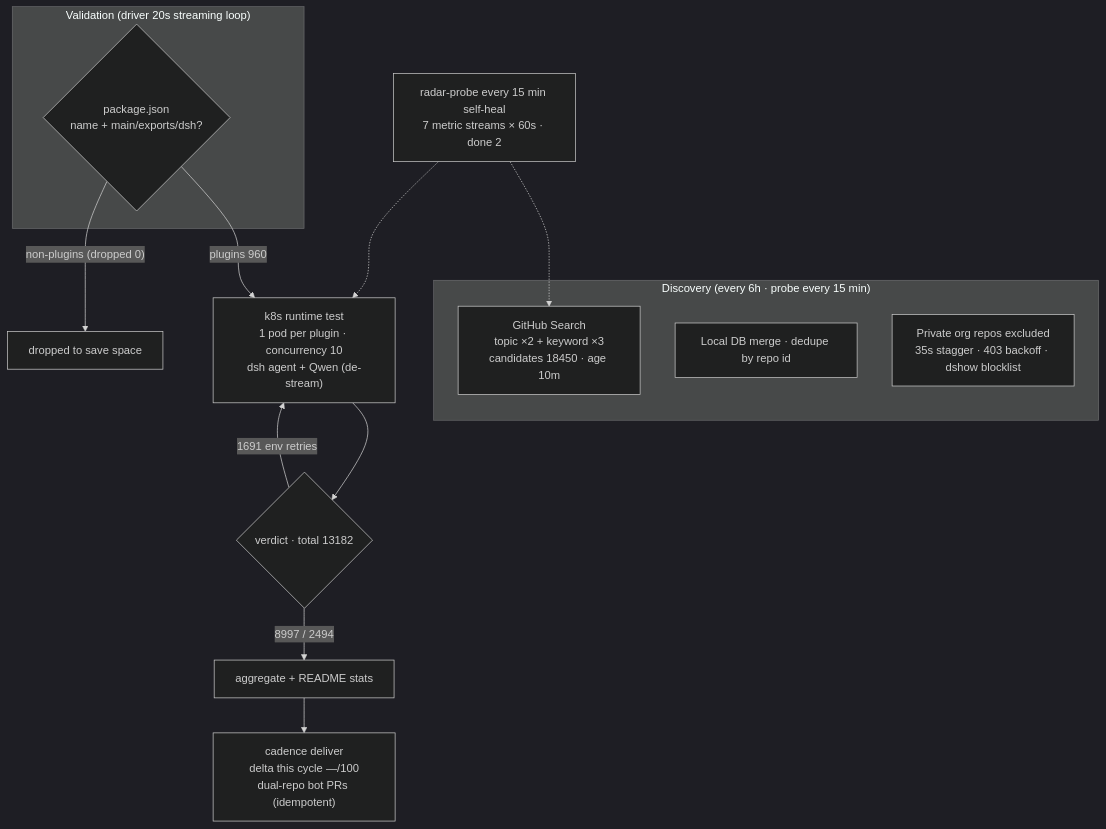
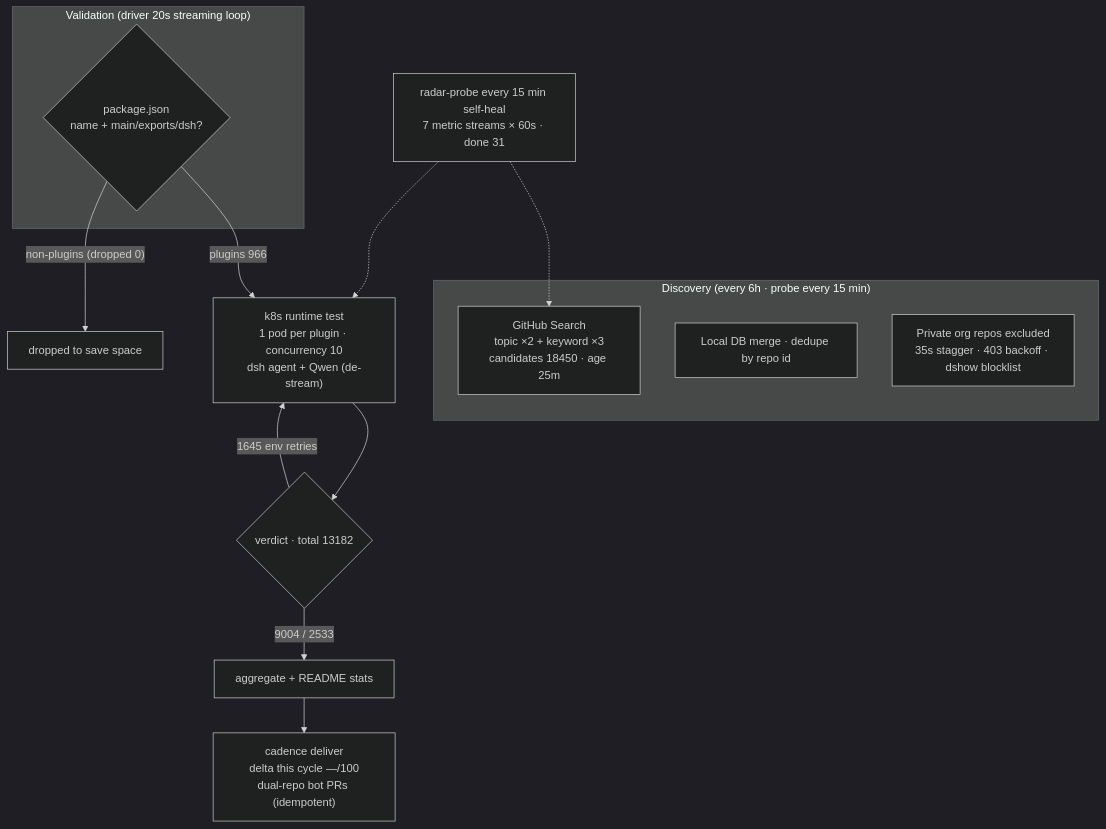
One commit to AdamPlatin123/awesome-dsh-plugins changed the diagram in README.en-US.md. Above: the diagram before and after it, drawn with Mermaid (dark theme). The commit also changed other lines of this file and 13 other files, not shown here.

````diff
--- a/README.en-US.md
+++ b/README.en-US.md
@@ -45,20 +45,20 @@
 ```mermaid
 flowchart TB
     subgraph Discovery["Discovery (every 6h · probe every 15 min)"]
-        A1["GitHub Search<br/>topic ×2 + keyword ×3<br/>candidates 18450 · age 10m"]
+        A1["GitHub Search<br/>topic ×2 + keyword ×3<br/>candidates 18450 · age 25m"]
         A2["Local DB merge · dedupe by repo id"]
         A3["Private org repos excluded<br/>35s stagger · 403 backoff · dshow blocklist"]
     end
     subgraph Validation["Validation (driver 20s streaming loop)"]
         B1{"package.json<br/>name + main/exports/dsh?"}
     end
-    B1 -->|"plugins 960"| C1["k8s runtime test<br/>1 pod per plugin · concurrency 10<br/>dsh agent + Qwen (de-stream)"]
+    B1 -->|"plugins 966"| C1["k8s runtime test<br/>1 pod per plugin · concurrency 10<br/>dsh agent + Qwen (de-stream)"]
     B1 -->|"non-plugins (dropped 0)"| B3["dropped to save space"]
     C1 --> D1{"verdict · total 13182"}
-    D1 -->|"8997 / 2494"| E1["aggregate + README stats"]
-    D1 -->|"1691 env retries"| C1
+    D1 -->|"9004 / 2533"| E1["aggregate + README stats"]
+    D1 -->|"1645 env retries"| C1
     E1 --> E2["cadence deliver<br/>delta this cycle —/100<br/>dual-repo bot PRs (idempotent)"]
-    M["radar-probe every 15 min self-heal<br/>7 metric streams × 60s · done 2"]
+    M["radar-probe every 15 min self-heal<br/>7 metric streams × 60s · done 31"]
     M -.-> A1
     M -.-> C1
 ```
````
